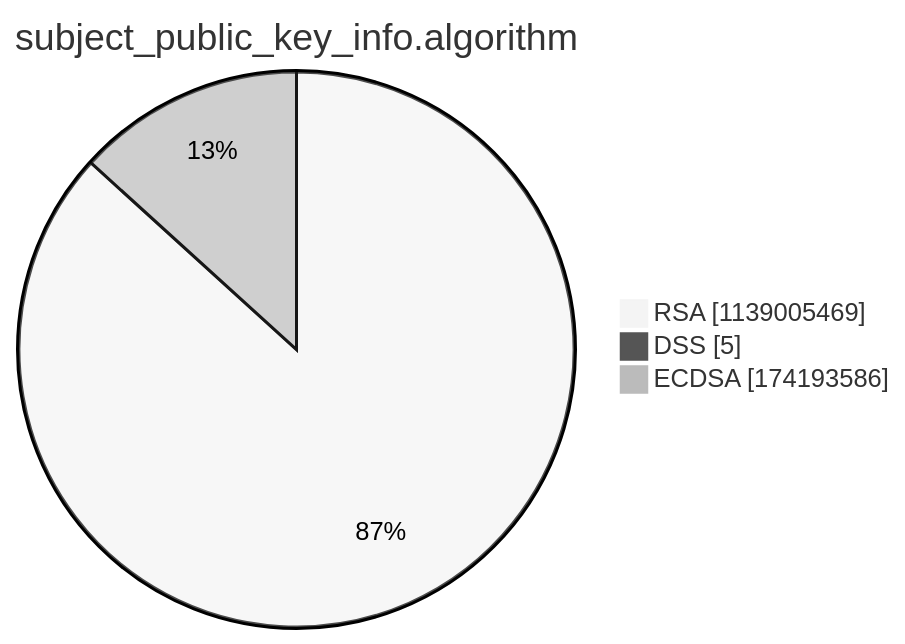
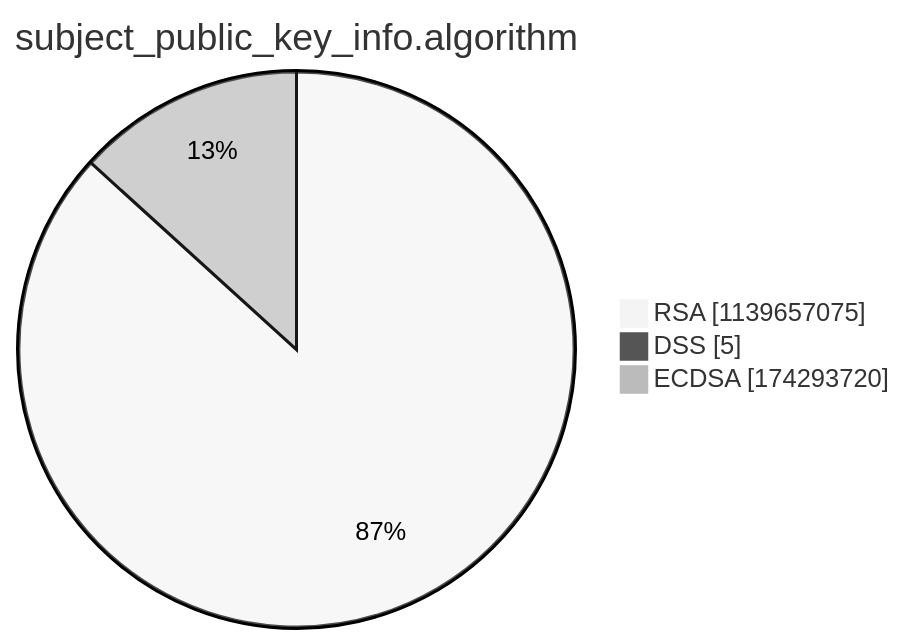
One commit to christiankrug/ctmonitor_visualization changed the third of 15 diagrams in argon2022/README.md. Above: the diagram before and after it, drawn with Mermaid (neutral theme). The commit also changed other lines of this file, not shown here.

````diff
--- a/argon2022/README.md
+++ b/argon2022/README.md
@@ -14,7 +14,7 @@
 ```mermaid
 pie showData
 title subject_public_key_info.algorithm
-"RSA" :1139005469
+"RSA" :1139657075
 "DSS" :5
-"ECDSA" :174193586
+"ECDSA" :174293720
 ```
````
